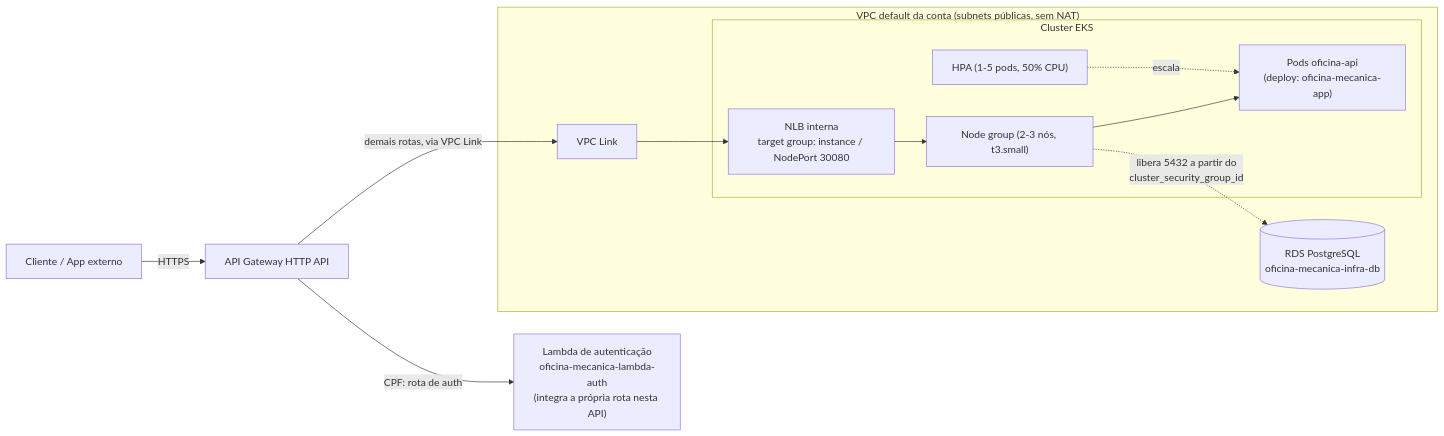
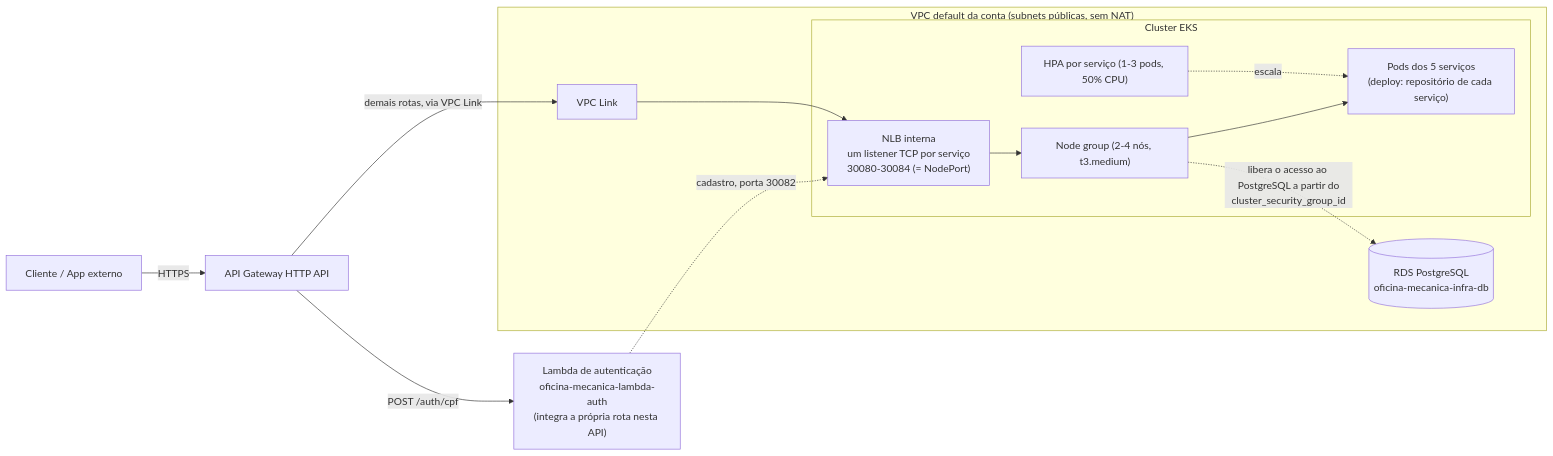
One commit to gabrielMauad/oficina-mecanica-infra-k8s changed the diagram in README.md. Above: the diagram before and after it, drawn with Mermaid. The commit also changed other lines of this file and 8 other files, not shown here.

First line of the commit message:
feat: expoe e publica os 5 microsservicos (ECR, NLB, API Gateway, segredo, nos)

````diff
--- a/README.md
+++ b/README.md
@@ -62,17 +99,18 @@
 ```mermaid
 flowchart LR
     Client[Cliente / App externo] -->|HTTPS| GW[API Gateway HTTP API]
-    GW -->|CPF: rota de auth| LAMBDA["Lambda de autenticação<br/>oficina-mecanica-lambda-auth<br/>(integra a própria rota nesta API)"]
+    GW -->|POST /auth/cpf| LAMBDA["Lambda de autenticação<br/>oficina-mecanica-lambda-auth<br/>(integra a própria rota nesta API)"]
     GW -->|demais rotas, via VPC Link| VPCLINK[VPC Link]
+    LAMBDA -.cadastro, porta 30082.-> NLB
 
     subgraph VPC["VPC default da conta (subnets públicas, sem NAT)"]
-        VPCLINK --> NLB["NLB interna<br/>target group: instance / NodePort 30080"]
+        VPCLINK --> NLB["NLB interna<br/>um listener TCP por serviço<br/>30080-30084 (= NodePort)"]
         subgraph EKS["Cluster EKS"]
-            NG["Node group (2-3 nós, t3.small)"]
+            NG["Node group (2-4 nós, t3.medium)"]
             NLB --> NG
-            NG --> PODS["Pods oficina-api<br/>(deploy: oficina-mecanica-app)"]
-            HPA["HPA (1-5 pods, 50% CPU)"] -.escala.-> PODS
+            NG --> PODS["Pods dos 5 serviços<br/>(deploy: repositório de cada serviço)"]
+            HPA["HPA por serviço (1-3 pods, 50% CPU)"] -.escala.-> PODS
         end
-        NG -.libera 5432 a partir do<br/>cluster_security_group_id.-> RDS[("RDS PostgreSQL<br/>oficina-mecanica-infra-db")]
+        NG -.libera o acesso ao PostgreSQL a partir do<br/>cluster_security_group_id.-> RDS[("RDS PostgreSQL<br/>oficina-mecanica-infra-db")]
     end
 ```
````
